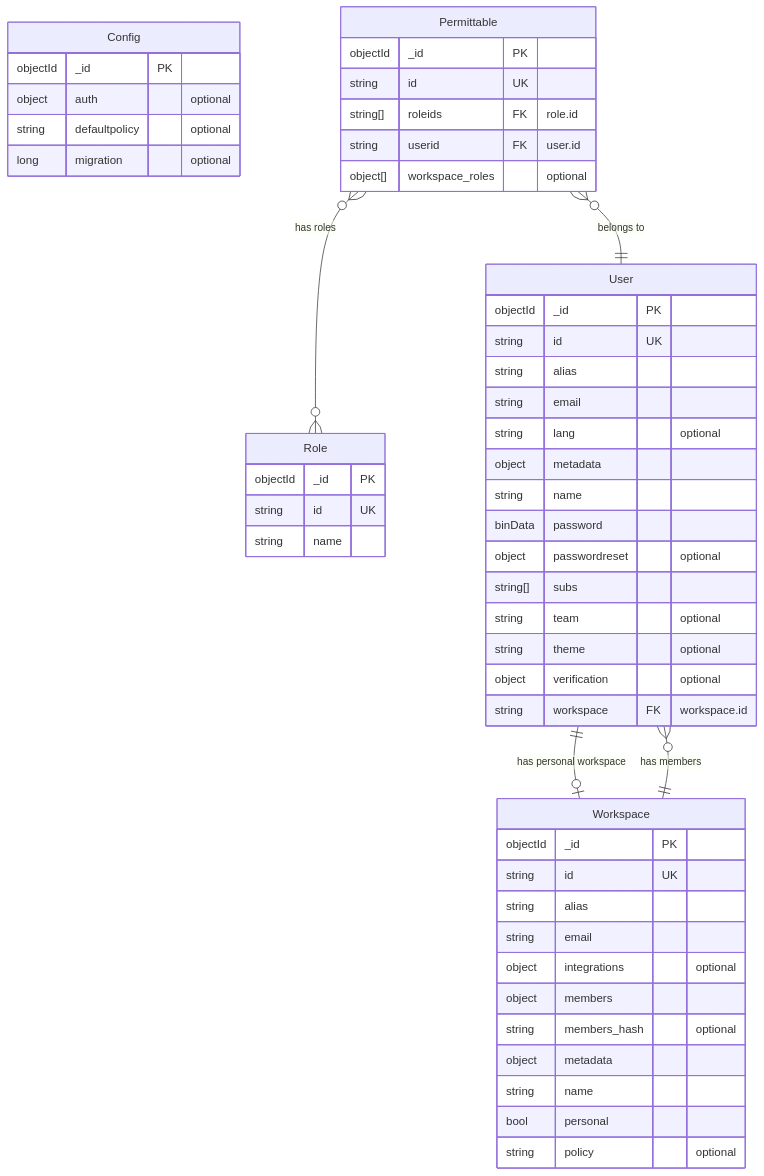
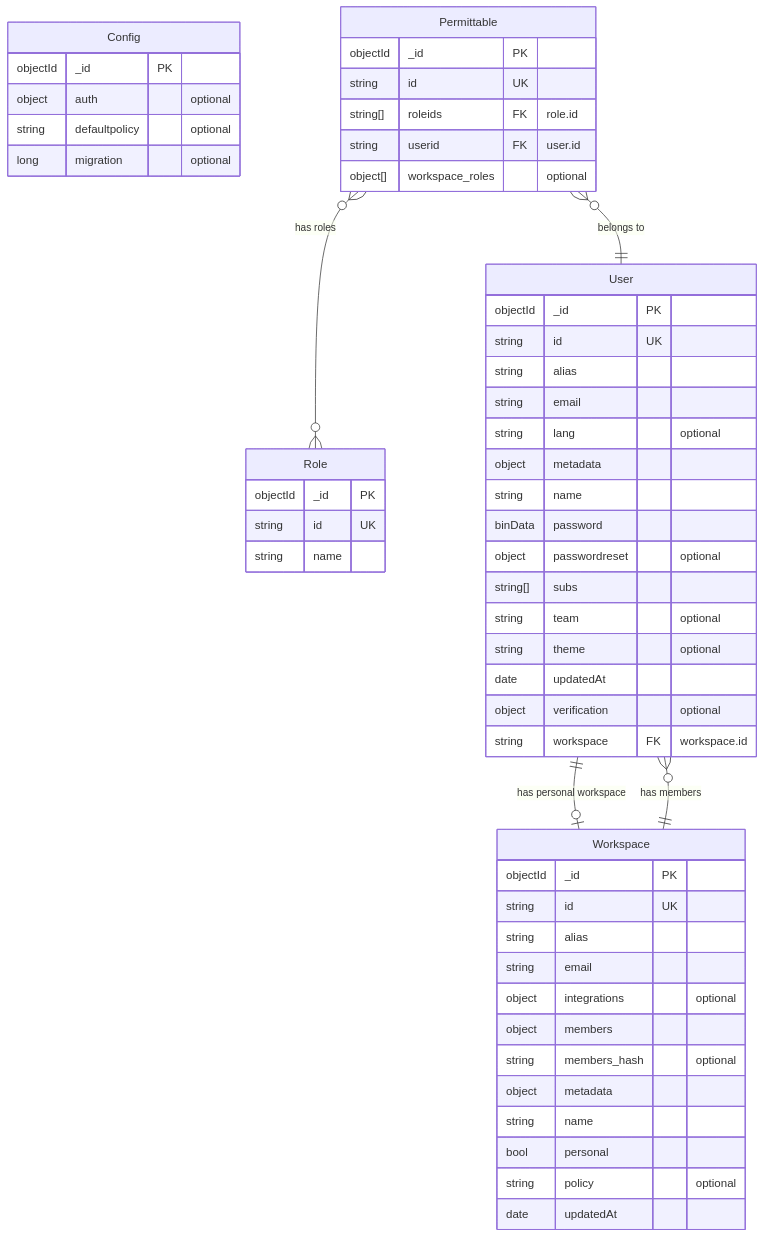
The diagram in server/internal/infrastructure/mongo/schema/ER.md (reearth/reearth-accounts), drawn with Mermaid before and after one commit. The commit also changed 17 other files, not shown here.

````diff
--- a/server/internal/infrastructure/mongo/schema/ER.md
+++ b/server/internal/infrastructure/mongo/schema/ER.md
@@ -5,59 +5,61 @@
 ```mermaid
 erDiagram
     Config {
         objectId _id PK
         object auth "optional"
         string defaultpolicy "optional"
         long migration "optional"
     }
 
     Permittable {
         objectId _id PK
         string id UK
         string[] roleids FK "role.id"
         string userid FK "user.id"
         object[] workspace_roles "optional"
     }
 
     Role {
         objectId _id PK
         string id UK
         string name
     }
 
     User {
         objectId _id PK
         string id UK
         string alias
         string email
         string lang "optional"
         object metadata
         string name
         binData password
         object passwordreset "optional"
         string[] subs
         string team "optional"
         string theme "optional"
+        date updatedAt
         object verification "optional"
         string workspace FK "workspace.id"
     }
 
     Workspace {
         objectId _id PK
         string id UK
         string alias
         string email
         object integrations "optional"
         object members
         string members_hash "optional"
         object metadata
         string name
         bool personal
         string policy "optional"
+        date updatedAt
     }
 
     User ||--o| Workspace : "has personal workspace"
     Workspace ||--o{ User : "has members"
     Permittable }o--|| User : "belongs to"
     Permittable }o--o{ Role : "has roles"
 ```
````
